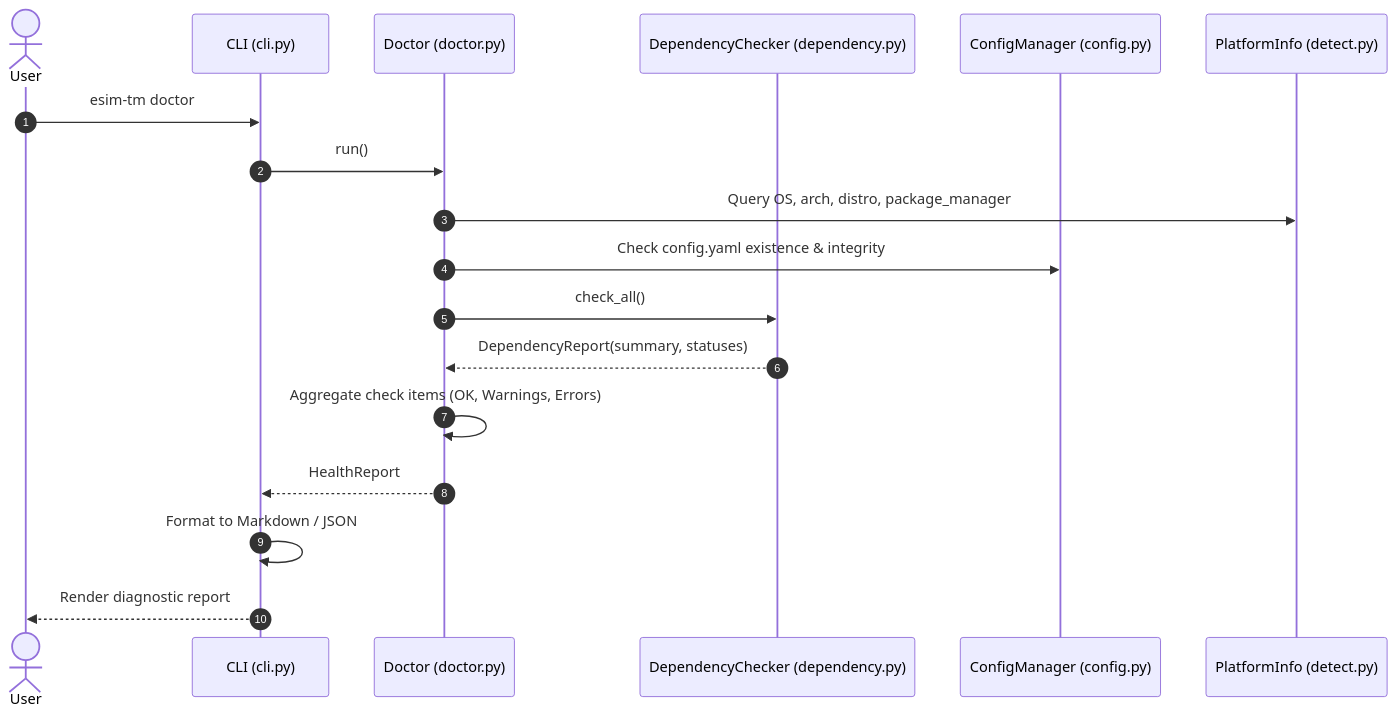
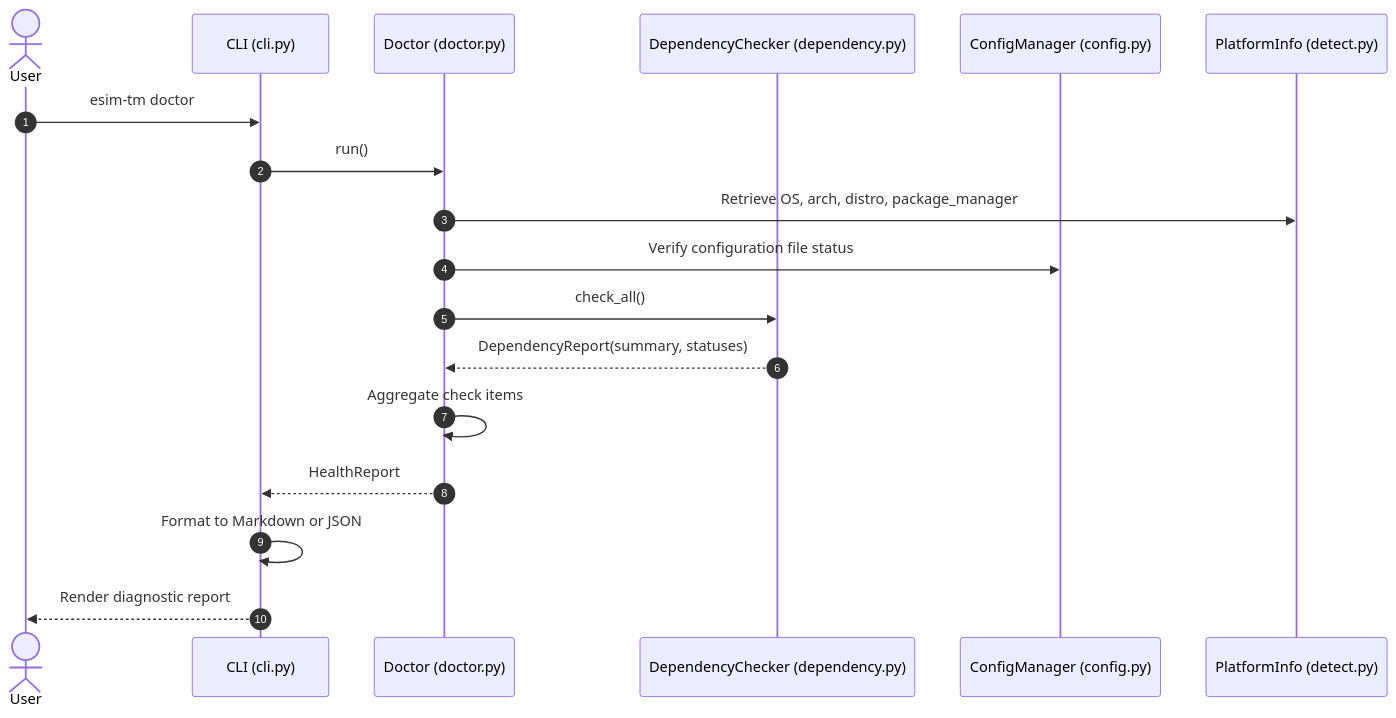
Before and after one commit to sharma23Mukul/esim-automated-tool-manager: the fourth of 4 diagrams in DESIGN.md, drawn with Mermaid. The commit also changed other lines of this file and 3 other files, not shown here.

Commit message:
docs: refine documentation, architecture diagrams, and demo reference

````diff
--- a/DESIGN.md
+++ b/DESIGN.md
@@ -208,21 +208,21 @@
 ```mermaid
 sequenceDiagram
     autonumber
     actor User
     participant CLI as CLI (cli.py)
     participant Doctor as Doctor (doctor.py)
     participant DepChecker as DependencyChecker (dependency.py)
     participant Config as ConfigManager (config.py)
     participant Platform as PlatformInfo (detect.py)
 
     User->>CLI: esim-tm doctor
     CLI->>Doctor: run()
-    Doctor->>Platform: Query OS, arch, distro, package_manager
-    Doctor->>Config: Check config.yaml existence & integrity
+    Doctor->>Platform: Retrieve OS, arch, distro, package_manager
+    Doctor->>Config: Verify configuration file status
     Doctor->>DepChecker: check_all()
     DepChecker-->>Doctor: DependencyReport(summary, statuses)
-    Doctor->>Doctor: Aggregate check items (OK, Warnings, Errors)
+    Doctor->>Doctor: Aggregate check items
     Doctor-->>CLI: HealthReport
-    CLI->>CLI: Format to Markdown / JSON
+    CLI->>CLI: Format to Markdown or JSON
     CLI-->>User: Render diagnostic report
 ```
````
